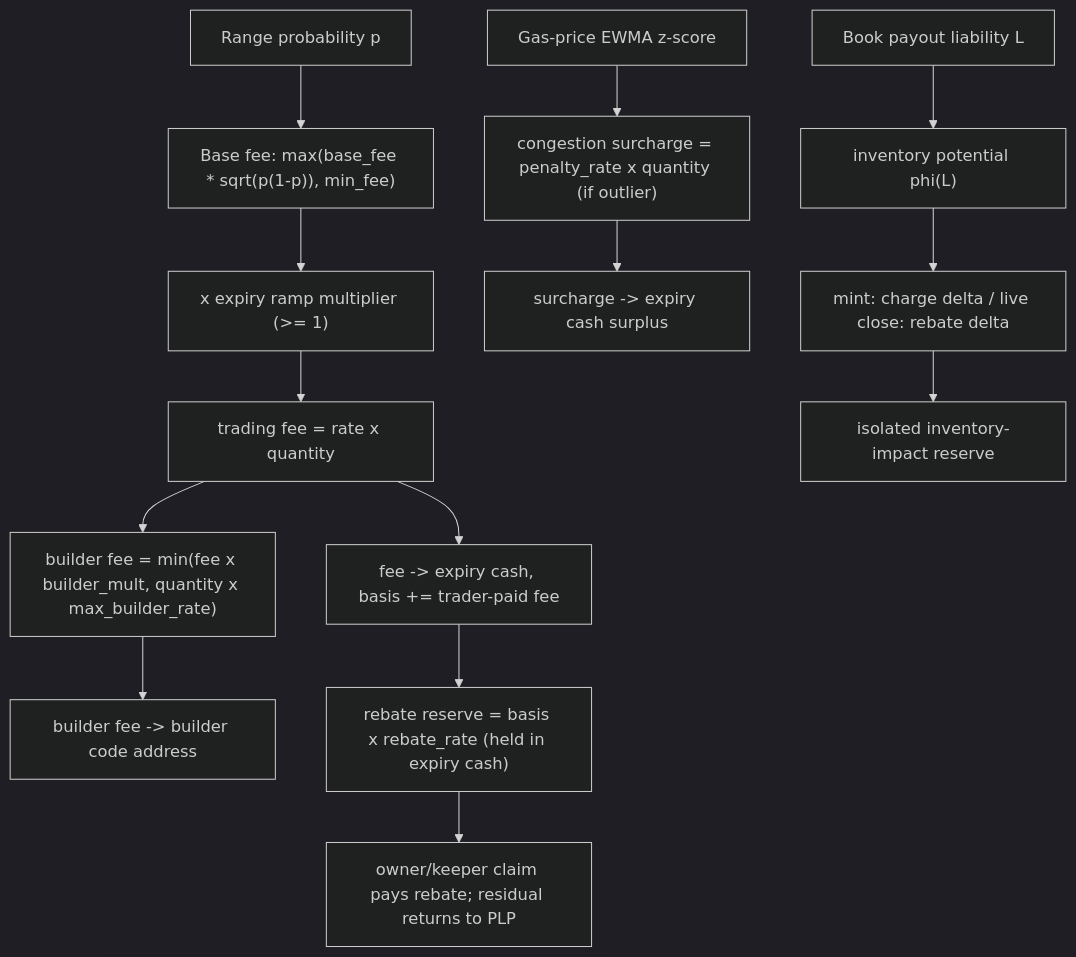
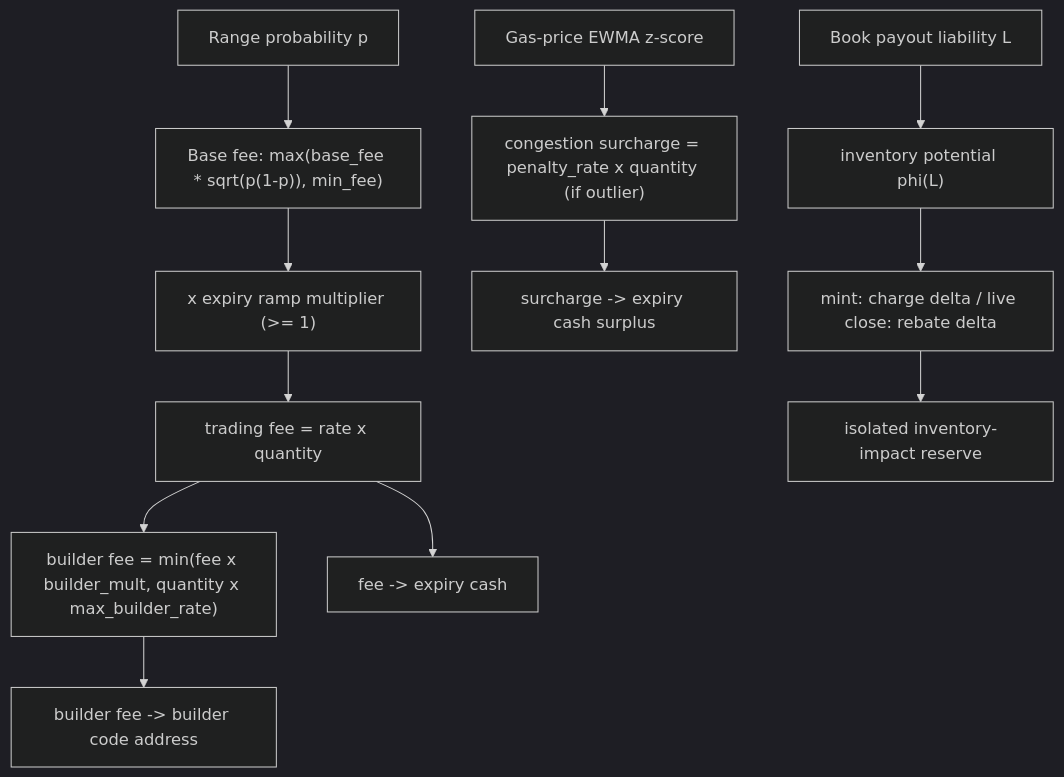
One commit to MystenLabs/deepbookv3 changed the diagram in packages/predict/docs/concepts/fees-and-rebates.md. Above: the diagram before and after it, drawn with Mermaid (dark theme). The commit also changed other lines of this file and 62 other files, not shown here.

````diff
--- a/packages/predict/docs/concepts/fees-and-rebates.md
+++ b/packages/predict/docs/concepts/fees-and-rebates.md
@@ -207,16 +148,14 @@
 ```mermaid
 flowchart TD
     P[Range probability p] --> BF["Base fee: max(base_fee * sqrt(p(1-p)), min_fee)"]
     BF --> RAMP["x expiry ramp multiplier (>= 1)"]
     RAMP --> FEE[trading fee = rate x quantity]
     FEE --> BUILD["builder fee = min(fee x builder_mult, quantity x max_builder_rate)"]
     GAS[Gas-price EWMA z-score] --> CONG["congestion surcharge = penalty_rate x quantity (if outlier)"]
-    FEE --> COLLECT[fee -> expiry cash, basis += trader-paid fee]
+    FEE --> COLLECT[fee -> expiry cash]
     BUILD --> BUILDER[builder fee -> builder code address]
     CONG --> SURPLUS[surcharge -> expiry cash surplus]
     L[Book payout liability L] --> PHI["inventory potential phi(L)"]
     PHI --> IMPACT["mint: charge delta / live close: rebate delta"]
     IMPACT --> IRESERVE[isolated inventory-impact reserve]
-    COLLECT --> RESERVE["rebate reserve = basis x rebate_rate (held in expiry cash)"]
-    RESERVE --> CLAIM[owner/keeper claim pays rebate; residual returns to PLP]
 ```
````
